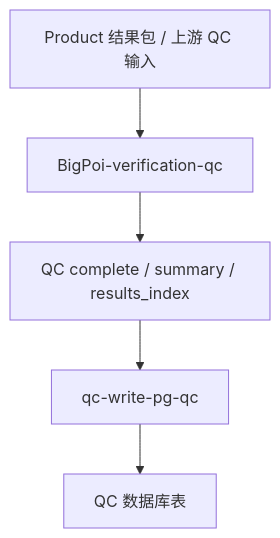
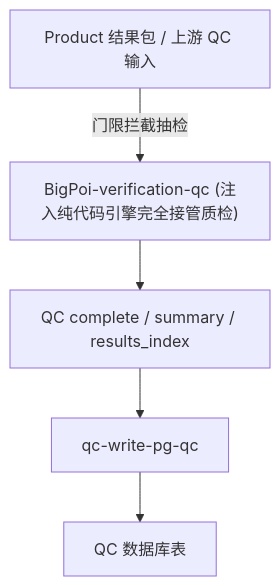
Before and after one commit to xyx593999449-ai/bigpoi-verification-v1.1.0: the diagram in Quality/README.md, drawn with Mermaid. The commit also changed 41 other files, not shown here.

````diff
--- a/Quality/README.md
+++ b/Quality/README.md
@@ -16,7 +16,7 @@
 ```mermaid
 flowchart TD
-    A["Product 结果包 / 上游 QC 输入"] --> B["BigPoi-verification-qc"]
+    A["Product 结果包 / 上游 QC 输入"] --> |"门限拦截抽检"| B["BigPoi-verification-qc (注入纯代码引擎完全接管质检)"]
     B --> C["QC complete / summary / results_index"]
     C --> D["qc-write-pg-qc"]
     D --> E["QC 数据库表"]
 ```
````
